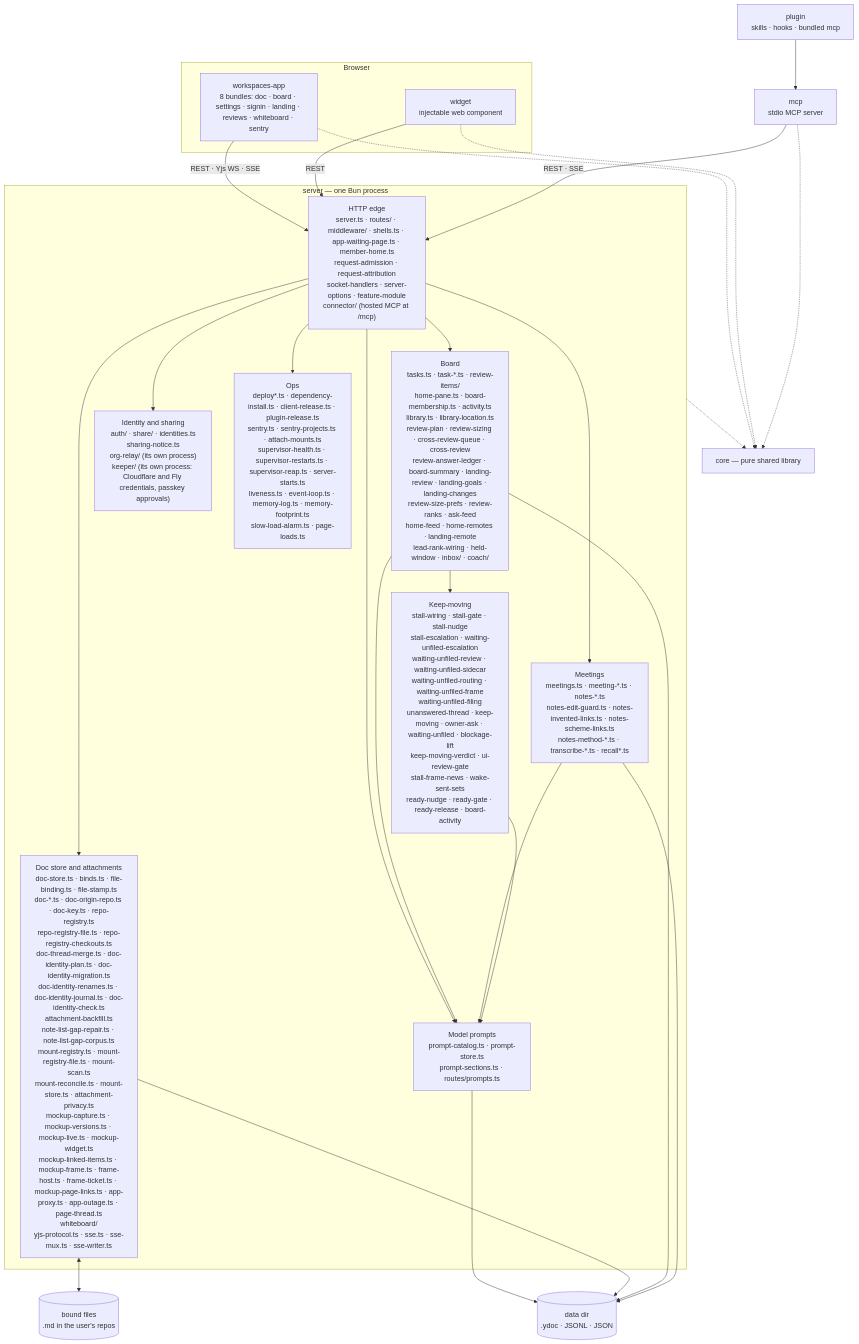
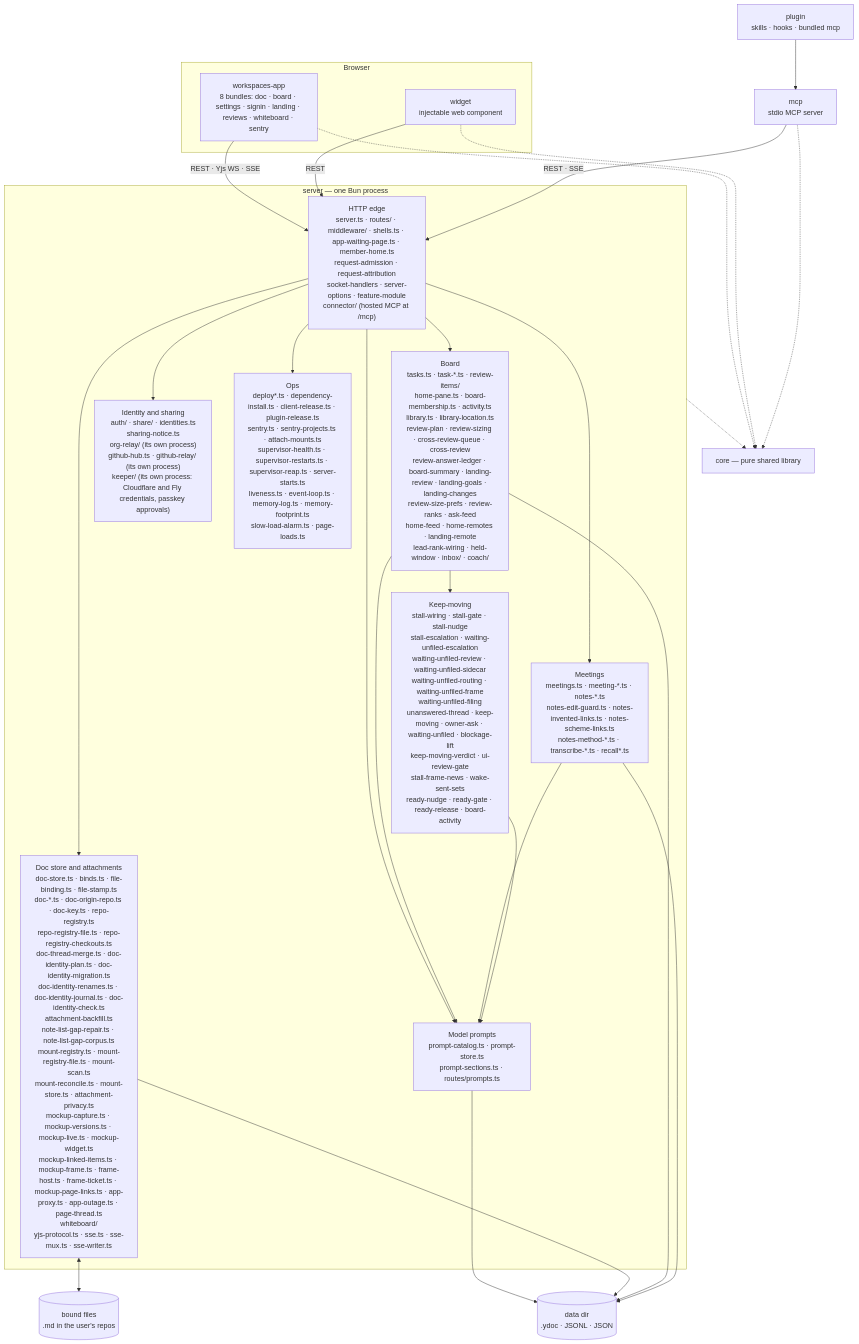
One commit to fryanpan/claude-workspaces-plugin changed the first of 2 diagrams in docs/architecture/overview.md. Above: the diagram before and after it, drawn with Mermaid. The commit also changed other lines of this file and 2 other files, not shown here.

First line of the commit message:
Docs: the GitHub hub's routes and key, and how to add a board

````diff
--- a/docs/architecture/overview.md
+++ b/docs/architecture/overview.md
@@ -45,35 +45,35 @@
 ```mermaid
 flowchart TB
   subgraph browser[Browser]
     app["workspaces-app<br/>8 bundles: doc · board · settings · signin · landing · reviews · whiteboard · sentry"]
     wid["widget<br/>injectable web component"]
   end
   plug["plugin<br/>skills · hooks · bundled mcp"]
   mcp["mcp<br/>stdio MCP server"]
   subgraph srv["server — one Bun process"]
     edge["HTTP edge<br/>server.ts · routes/ · middleware/ · shells.ts · app-waiting-page.ts · member-home.ts<br/>request-admission · request-attribution<br/>socket-handlers · server-options · feature-module<br/>connector/ (hosted MCP at /mcp)"]
     docs["Doc store and attachments<br/>doc-store.ts · binds.ts · file-binding.ts · file-stamp.ts<br/>doc-*.ts · doc-origin-repo.ts · doc-key.ts · repo-registry.ts<br/>repo-registry-file.ts · repo-registry-checkouts.ts<br/>doc-thread-merge.ts · doc-identity-plan.ts · doc-identity-migration.ts<br/>doc-identity-renames.ts · doc-identity-journal.ts · doc-identity-check.ts<br/>attachment-backfill.ts<br/>note-list-gap-repair.ts · note-list-gap-corpus.ts<br/>mount-registry.ts · mount-registry-file.ts · mount-scan.ts<br/>mount-reconcile.ts · mount-store.ts · attachment-privacy.ts<br/>mockup-capture.ts · mockup-versions.ts · mockup-live.ts · mockup-widget.ts<br/>mockup-linked-items.ts · mockup-frame.ts · frame-host.ts · frame-ticket.ts · mockup-page-links.ts · app-proxy.ts · app-outage.ts · page-thread.ts<br/>whiteboard/<br/>yjs-protocol.ts · sse.ts · sse-mux.ts · sse-writer.ts"]
     board["Board<br/>tasks.ts · task-*.ts · review-items/<br/>home-pane.ts · board-membership.ts · activity.ts<br/>library.ts · library-location.ts<br/>review-plan · review-sizing · cross-review-queue · cross-review<br/>review-answer-ledger · board-summary · landing-review · landing-goals · landing-changes<br/>review-size-prefs · review-ranks · ask-feed<br/>home-feed · home-remotes · landing-remote<br/>lead-rank-wiring · held-window · inbox/ · coach/"]
     meet["Meetings<br/>meetings.ts · meeting-*.ts · notes-*.ts<br/>notes-edit-guard.ts · notes-invented-links.ts · notes-scheme-links.ts<br/>notes-method-*.ts · transcribe-*.ts · recall*.ts"]
     keep["Keep-moving<br/>stall-wiring · stall-gate · stall-nudge<br/>stall-escalation · waiting-unfiled-escalation<br/>waiting-unfiled-review · waiting-unfiled-sidecar<br/>waiting-unfiled-routing · waiting-unfiled-frame<br/>waiting-unfiled-filing<br/>unanswered-thread · keep-moving · owner-ask · waiting-unfiled · blockage-lift<br/>keep-moving-verdict · ui-review-gate<br/>stall-frame-news · wake-sent-sets<br/>ready-nudge · ready-gate · ready-release · board-activity"]
-    ident["Identity and sharing<br/>auth/ · share/ · identities.ts<br/>sharing-notice.ts<br/>org-relay/ (its own process)<br/>keeper/ (its own process: Cloudflare and Fly credentials, passkey approvals)"]
+    ident["Identity and sharing<br/>auth/ · share/ · identities.ts<br/>sharing-notice.ts<br/>org-relay/ (its own process)<br/>github-hub.ts · github-relay/ (its own process)<br/>keeper/ (its own process: Cloudflare and Fly credentials, passkey approvals)"]
     prompts["Model prompts<br/>prompt-catalog.ts · prompt-store.ts<br/>prompt-sections.ts · routes/prompts.ts"]
     ops["Ops<br/>deploy*.ts · dependency-install.ts · client-release.ts · plugin-release.ts<br/>sentry.ts · sentry-projects.ts · attach-mounts.ts<br/>supervisor-health.ts · supervisor-restarts.ts · supervisor-reap.ts · server-starts.ts<br/>liveness.ts · event-loop.ts · memory-log.ts · memory-footprint.ts<br/>slow-load-alarm.ts · page-loads.ts"]
   end
   core["core — pure shared library"]
   disk[("data dir<br/>.ydoc · JSONL · JSON")]
   files[("bound files<br/>.md in the user's repos")]
 
   app -->|"REST · Yjs WS · SSE"| edge
   wid -->|REST| edge
   plug --> mcp
   mcp -->|"REST · SSE"| edge
   edge --> docs & board & meet & ident & ops & prompts
   board & meet & keep --> prompts
   prompts --> disk
   board --> keep
   docs <--> files
   docs & board & meet --> disk
   app & wid & mcp -.-> core
   srv -.-> core
 ```
````
